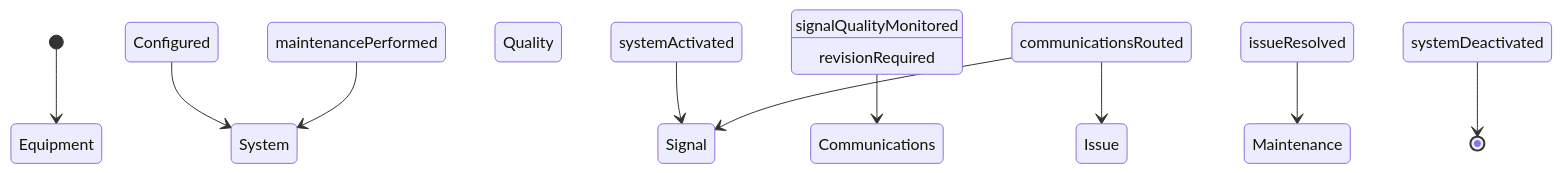
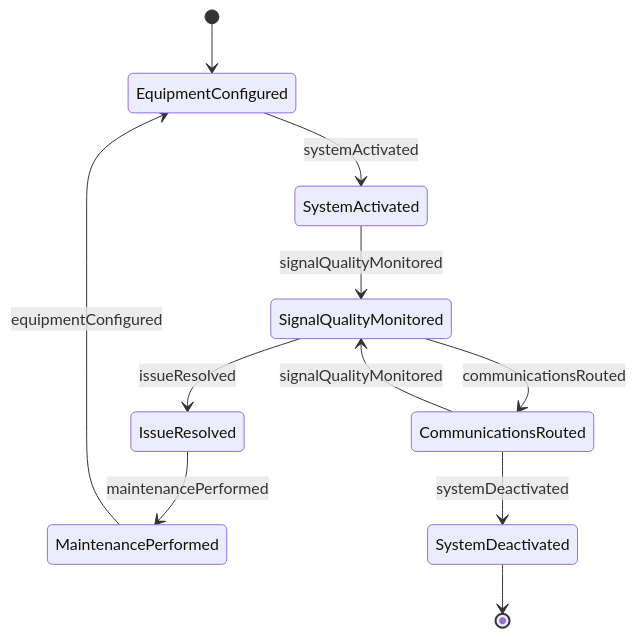
The second of 4 diagrams in ControllingMachinesAndProcesses/OperateCommunicationsEquipmentOrSystems/OperateCommunicationsEquipmentSystems.mdx (dot-org-ai/tasks.org.ai), drawn with Mermaid before and after one commit. The commit also changed other lines of this file and 515 other files, not shown here.

````diff
--- a/ControllingMachinesAndProcesses/OperateCommunicationsEquipmentOrSystems/OperateCommunicationsEquipmentSystems.mdx
+++ b/ControllingMachinesAndProcesses/OperateCommunicationsEquipmentOrSystems/OperateCommunicationsEquipmentSystems.mdx
@@ -98,12 +98,13 @@
 ```mermaid
 stateDiagram-v2
-    [*] --> Equipment Configured
-    Equipment Configured --> System Activated : systemActivated
-    System Activated --> Signal Quality Monitored : signalQualityMonitored
-    Signal Quality Monitored --> Communications Routed : communicationsRouted
-    Communications Routed --> Issue Resolved : issueResolved
-    Issue Resolved --> Maintenance Performed : maintenancePerformed
-    Maintenance Performed --> System Deactivated : systemDeactivated
-    Communications Routed --> Signal Quality Monitored : revisionRequired
-    System Deactivated --> [*]
+    [*] --> EquipmentConfigured
+    EquipmentConfigured --> SystemActivated : systemActivated
+    SystemActivated --> SignalQualityMonitored : signalQualityMonitored
+    SignalQualityMonitored --> CommunicationsRouted : communicationsRouted
+    CommunicationsRouted --> SignalQualityMonitored : signalQualityMonitored
+    SignalQualityMonitored --> IssueResolved : issueResolved
+    IssueResolved --> MaintenancePerformed : maintenancePerformed
+    MaintenancePerformed --> EquipmentConfigured : equipmentConfigured
+    CommunicationsRouted --> SystemDeactivated : systemDeactivated
+    SystemDeactivated --> [*]
 ```
````
